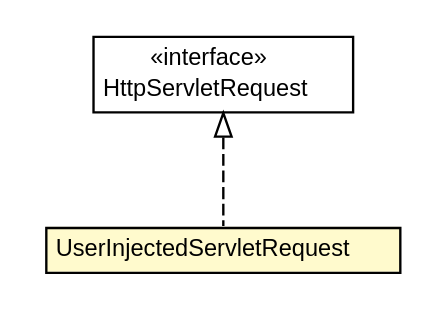
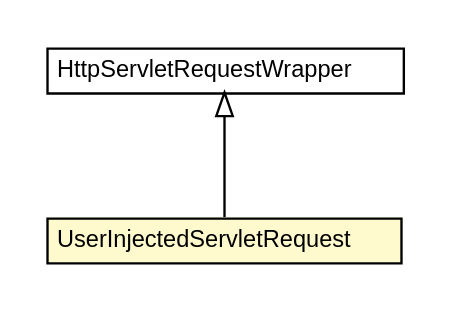
One commit to trajano/server-auth-modules changed the diagram in apidocs/net/trajano/auth/filter/internal/UserInjectedServletRequest.dot. Above: the diagram before and after it, drawn with Graphviz. The commit also changed 177 other files, not shown here.

```diff
--- a/apidocs/net/trajano/auth/filter/internal/UserInjectedServletRequest.dot
+++ b/apidocs/net/trajano/auth/filter/internal/UserInjectedServletRequest.dot
@@ -1,27 +1,26 @@
 #!/usr/local/bin/dot
 #
 # Class diagram 
 # Generated by UMLGraph version R5_6-24-gf6e263 (http://www.umlgraph.org/)
 #
 
 digraph G {
 	edge [fontname="Helvetica",fontsize=10,labelfontname="Helvetica",labelfontsize=10];
 	node [fontname="Helvetica",fontsize=10,shape=plaintext];
 	nodesep=0.25;
 	ranksep=0.5;
 	// net.trajano.auth.filter.internal.UserInjectedServletRequest
 	c441 [label=<<table title="net.trajano.auth.filter.internal.UserInjectedServletRequest" border="0" cellborder="1" cellspacing="0" cellpadding="2" port="p" bgcolor="lemonChiffon" href="./UserInjectedServletRequest.html">
 		<tr><td><table border="0" cellspacing="0" cellpadding="1">
 <tr><td align="center" balign="center"> UserInjectedServletRequest </td></tr>
 		</table></td></tr>
 		</table>>, URL="./UserInjectedServletRequest.html", fontname="Helvetica", fontcolor="black", fontsize=10.0];
-	//net.trajano.auth.filter.internal.UserInjectedServletRequest implements javax.servlet.http.HttpServletRequest
-	c455:p -> c441:p [dir=back,arrowtail=empty,style=dashed];
-	// javax.servlet.http.HttpServletRequest
-	c455 [label=<<table title="javax.servlet.http.HttpServletRequest" border="0" cellborder="1" cellspacing="0" cellpadding="2" port="p" href="http://java.sun.com/j2se/1.4.2/docs/api/javax/servlet/http/HttpServletRequest.html">
+	//net.trajano.auth.filter.internal.UserInjectedServletRequest extends javax.servlet.http.HttpServletRequestWrapper
+	c456:p -> c441:p [dir=back,arrowtail=empty];
+	// javax.servlet.http.HttpServletRequestWrapper
+	c456 [label=<<table title="javax.servlet.http.HttpServletRequestWrapper" border="0" cellborder="1" cellspacing="0" cellpadding="2" port="p" href="http://java.sun.com/j2se/1.4.2/docs/api/javax/servlet/http/HttpServletRequestWrapper.html">
 		<tr><td><table border="0" cellspacing="0" cellpadding="1">
-<tr><td align="center" balign="center"> &#171;interface&#187; </td></tr>
-<tr><td align="center" balign="center"> HttpServletRequest </td></tr>
+<tr><td align="center" balign="center"> HttpServletRequestWrapper </td></tr>
 		</table></td></tr>
-		</table>>, URL="http://java.sun.com/j2se/1.4.2/docs/api/javax/servlet/http/HttpServletRequest.html", fontname="Helvetica", fontcolor="black", fontsize=10.0];
+		</table>>, URL="http://java.sun.com/j2se/1.4.2/docs/api/javax/servlet/http/HttpServletRequestWrapper.html", fontname="Helvetica", fontcolor="black", fontsize=10.0];
 }
```
